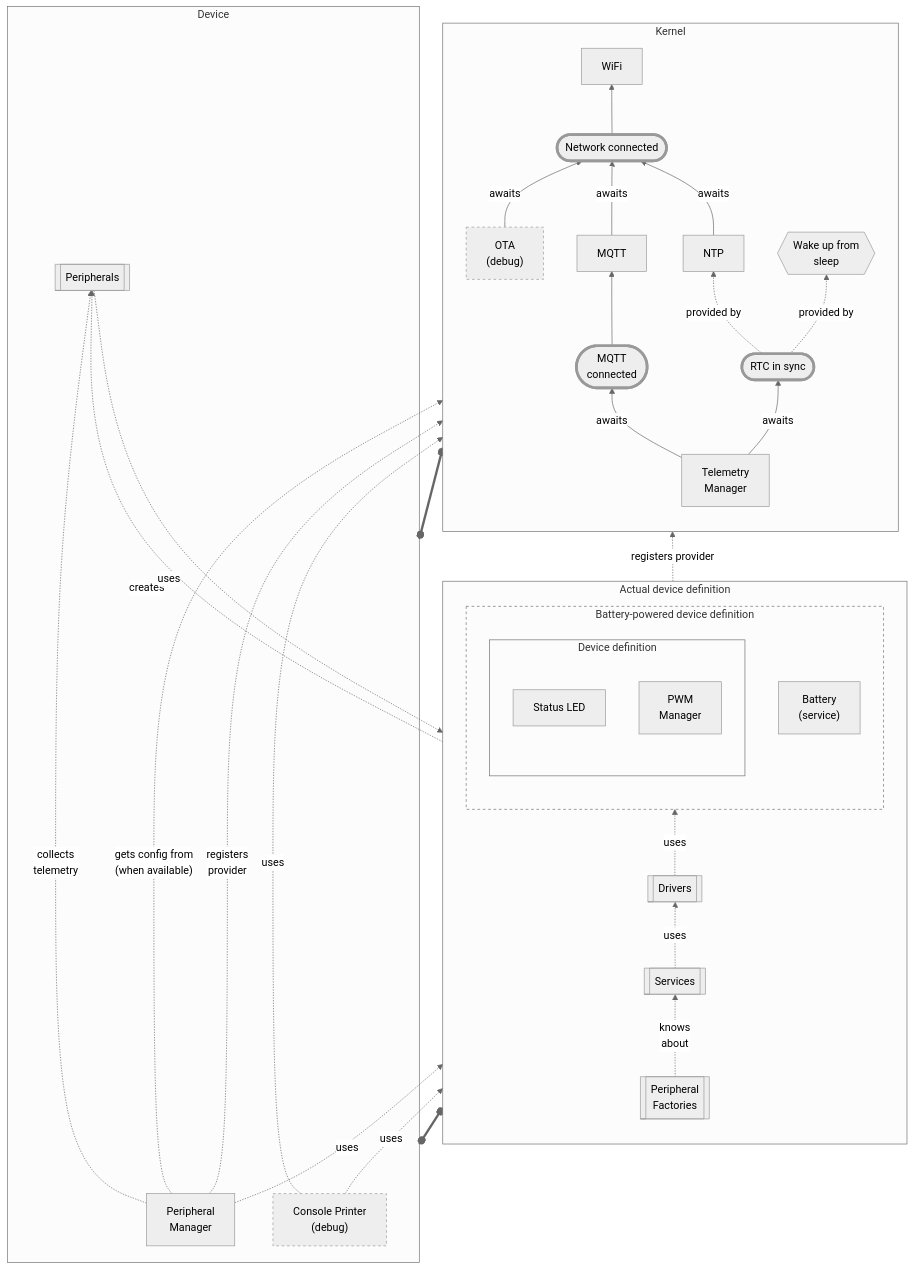
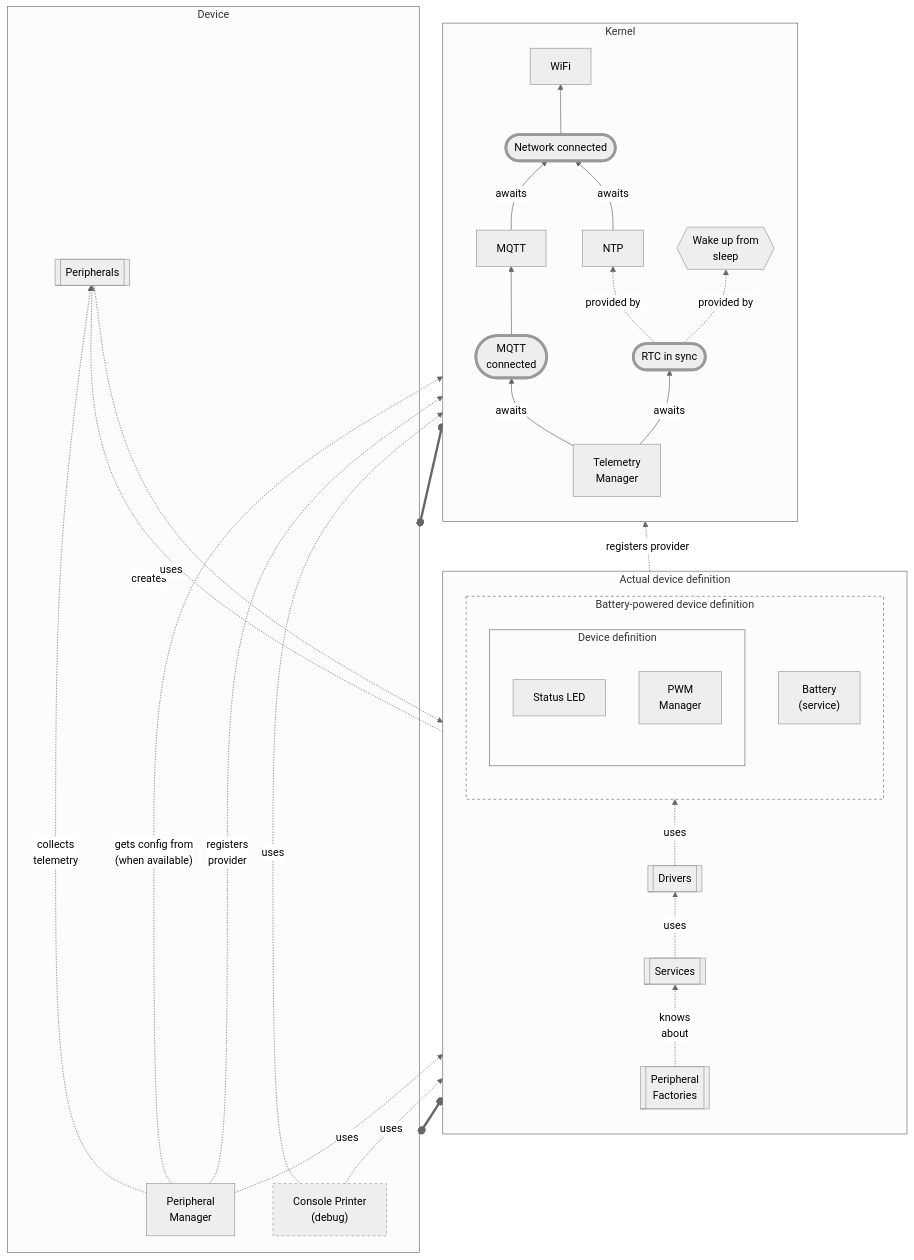
Before and after one commit to kivancsikert/ugly-duckling: the diagram in Architecture.md, drawn with Mermaid (neutral theme). The commit also changed 3 other files, not shown here.

```diff
--- a/Architecture.md
+++ b/Architecture.md
@@ -4,9 +4,6 @@
 graph BT
     subgraph Kernel["Kernel"]
         direction BT
-
-        OTA["OTA\n(debug)"]
-            style OTA stroke-dasharray: 4
 
         WiFi
         NetworkConnected(["Network connected"])
@@ -20,7 +17,6 @@
         TelemetryManager["Telemetry\nManager"]
 
         NetworkConnected --> WiFi
-        OTA -->|awaits| NetworkConnected
         MQTT -->|awaits| NetworkConnected
         MQTTConnected --> MQTT
         NTP -->|awaits| NetworkConnected
```
